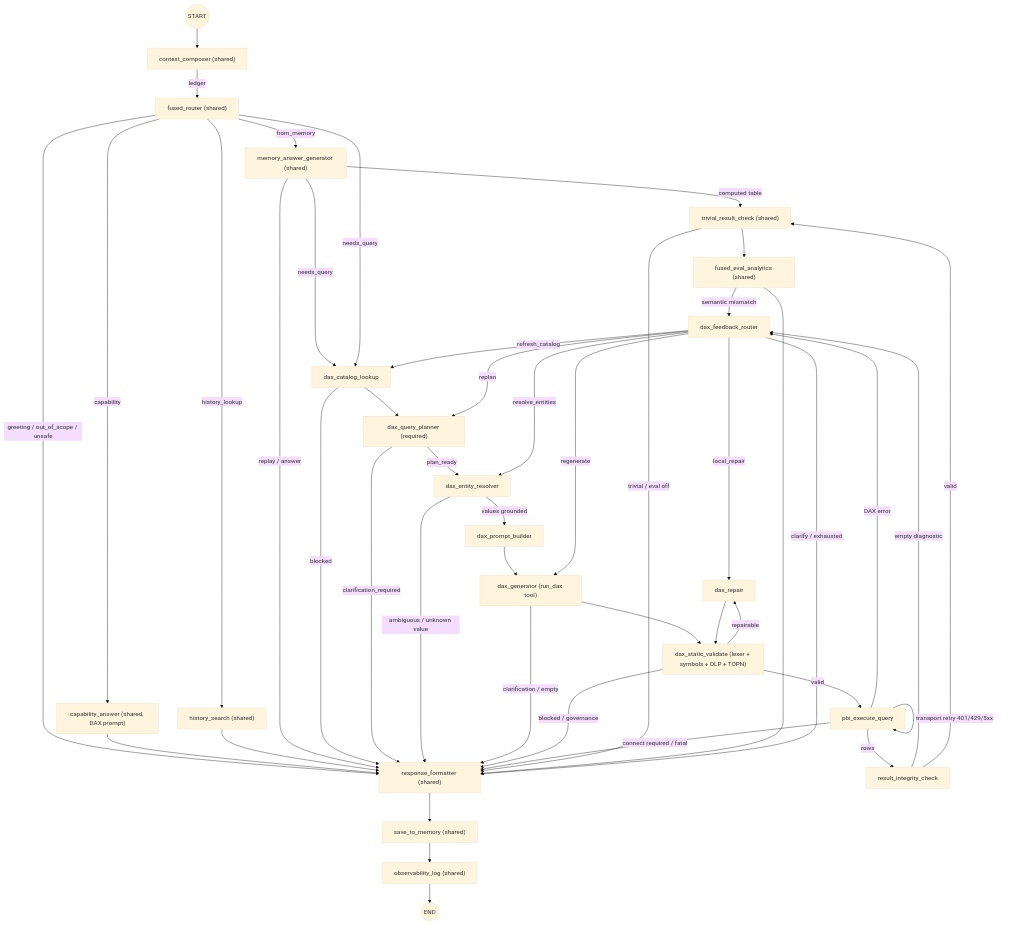
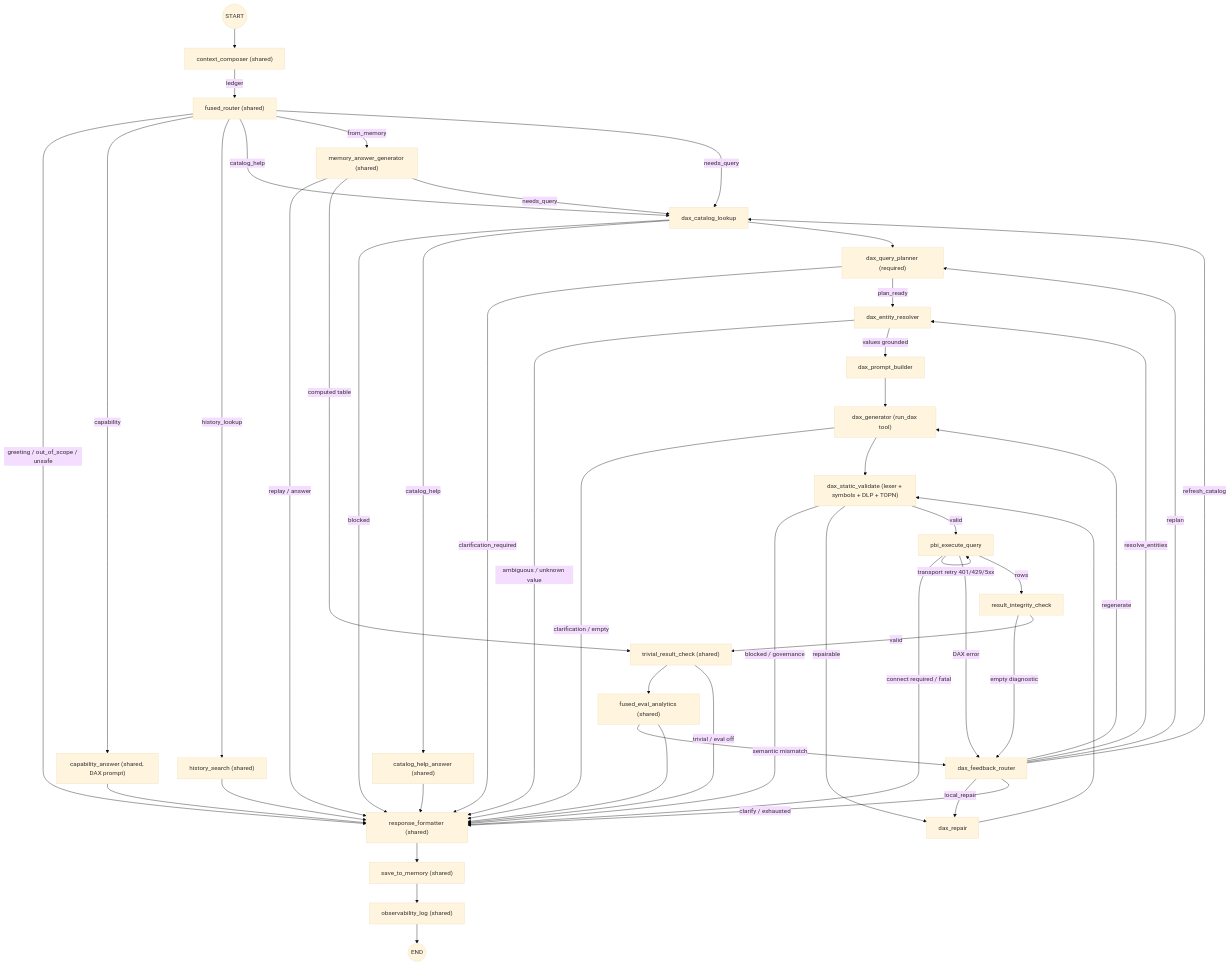
The diagram in docs/agent-state-flow-dax.md (vertigo15/jeen-insight), drawn with Mermaid (base theme) before and after one commit. The commit also changed other lines of this file and 9 other files, not shown here.

````diff
--- a/docs/agent-state-flow-dax.md
+++ b/docs/agent-state-flow-dax.md
@@ -20,47 +20,50 @@
 ```mermaid
 flowchart TD
     START(("START")) --> ctx["context_composer (shared)"]
     ctx -->|ledger| router["fused_router (shared)"]
     router -->|greeting / out_of_scope / unsafe| fmt
     router -->|capability| cap["capability_answer (shared, DAX prompt)"]
     cap --> fmt
     router -->|history_lookup| hist["history_search (shared)"]
     hist --> fmt
+    router -->|catalog_help| cat
     router -->|from_memory| mem["memory_answer_generator (shared)"]
     mem -->|replay / answer| fmt
     mem -->|computed table| triv
     mem -->|needs_query| cat
     router -->|needs_query| cat["dax_catalog_lookup"]
     cat -->|blocked| fmt
+    cat -->|catalog_help| chelp["catalog_help_answer (shared)"]
+    chelp --> fmt
     cat --> planner["dax_query_planner (required)"]
     planner -->|clarification_required| fmt
     planner -->|plan_ready| entity["dax_entity_resolver"]
     entity -->|ambiguous / unknown value| fmt
     entity -->|values grounded| pb["dax_prompt_builder"]
     pb --> gen["dax_generator (run_dax tool)"]
     gen -->|clarification / empty| fmt
     gen --> val["dax_static_validate (lexer + symbols + DLP + TOPN)"]
     val -->|blocked / governance| fmt
     val -->|repairable| repair["dax_repair"]
     repair --> val
     val -->|valid| exec["pbi_execute_query"]
     exec -->|transport retry 401/429/5xx| exec
     exec -->|connect required / fatal| fmt
     exec -->|DAX error| fbr["dax_feedback_router"]
     exec -->|rows| integ["result_integrity_check"]
     integ -->|empty diagnostic| fbr
     integ -->|valid| triv["trivial_result_check (shared)"]
     triv --> evl["fused_eval_analytics (shared)"]
     triv -->|trivial / eval off| fmt
     evl -->|semantic mismatch| fbr
     evl --> fmt["response_formatter (shared)"]
     fbr -->|local_repair| repair
     fbr -->|regenerate| gen
     fbr -->|replan| planner
     fbr -->|resolve_entities| entity
     fbr -->|refresh_catalog| cat
     fbr -->|clarify / exhausted| fmt
     fmt --> save["save_to_memory (shared)"]
     save --> log["observability_log (shared)"]
     log --> ENDN(("END"))
 ```
````
